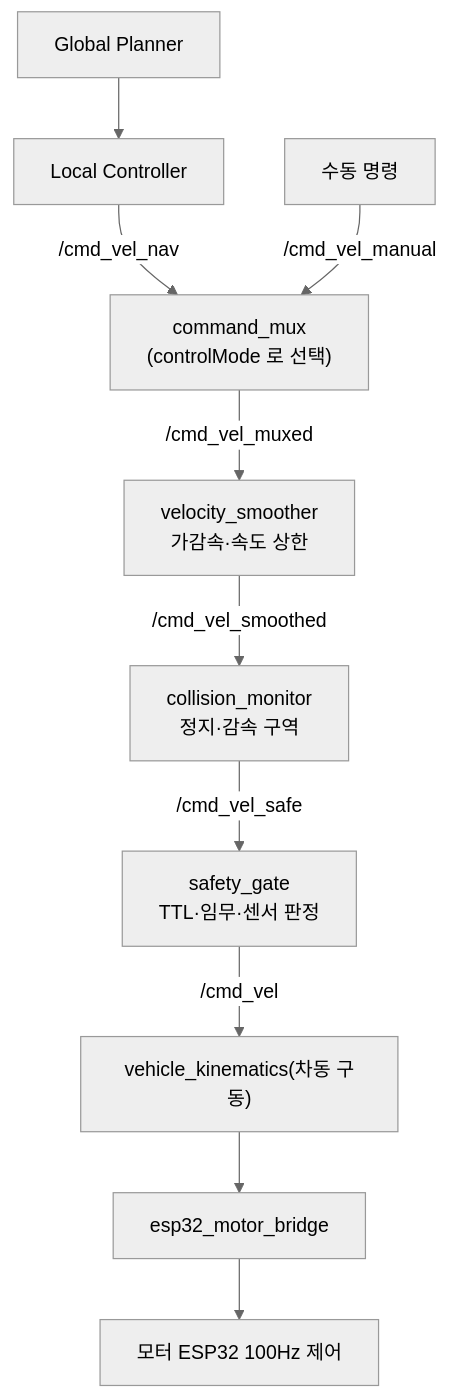
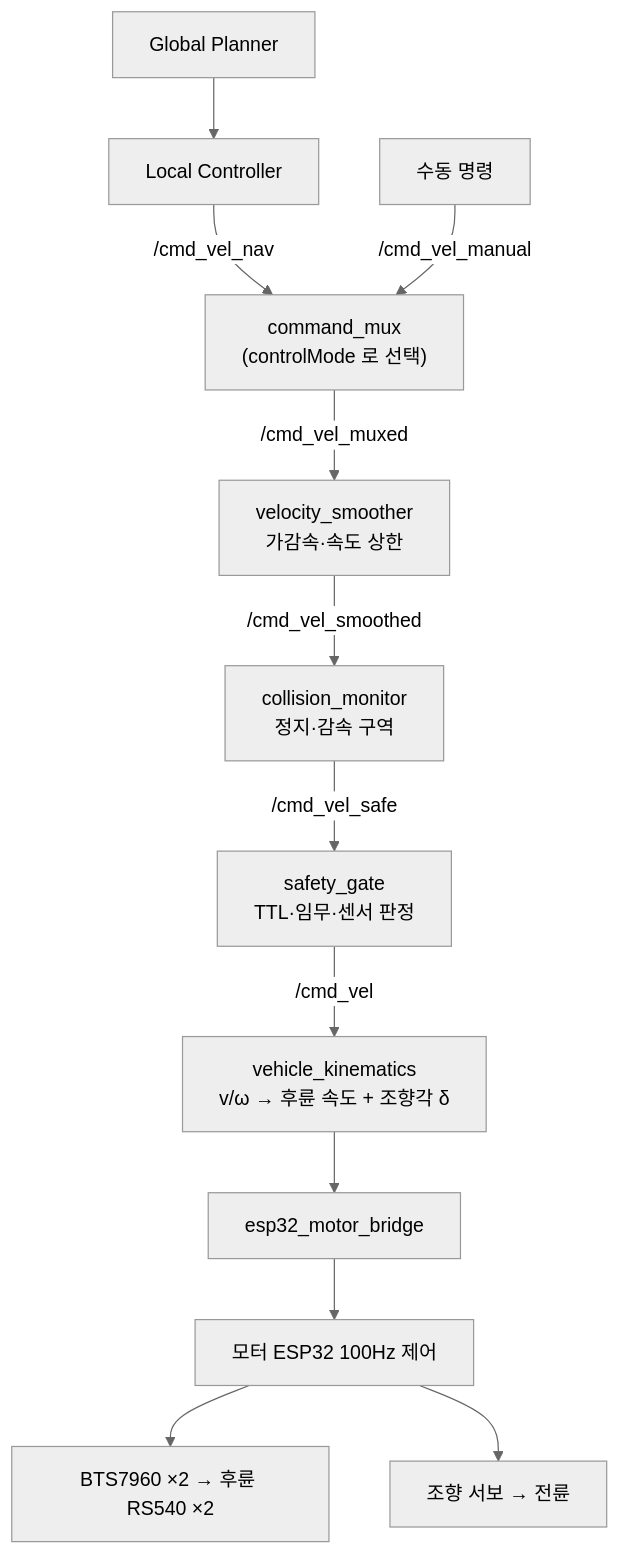
The third of 4 diagrams in docs/04-자율주행.md (Common-AIOT/Sentinel-UGV), drawn with Mermaid (neutral theme) before and after one commit. The commit also changed other lines of this file and 7 other files, not shown here.

````diff
--- a/docs/04-자율주행.md
+++ b/docs/04-자율주행.md
@@ -664,12 +707,14 @@
 ```mermaid
 flowchart TB
     global["Global Planner"] --> local["Local Controller"]
     local -->|/cmd_vel_nav| mux["command_mux<br/>(controlMode 로 선택)"]
     manual["수동 명령"] -->|/cmd_vel_manual| mux
     mux -->|/cmd_vel_muxed| smoother["velocity_smoother<br/>가감속·속도 상한"]
     smoother -->|/cmd_vel_smoothed| collision["collision_monitor<br/>정지·감속 구역"]
     collision -->|/cmd_vel_safe| gate["safety_gate<br/>TTL·임무·센서 판정"]
-    gate -->|/cmd_vel| kin["vehicle_kinematics(차동 구동)"]
+    gate -->|/cmd_vel| kin["vehicle_kinematics<br/>v/ω → 후륜 속도 + 조향각 δ"]
     kin --> bridge["esp32_motor_bridge"]
     bridge --> esp32["모터 ESP32 100Hz 제어"]
+    esp32 --> drive["BTS7960 ×2 → 후륜 RS540 ×2"]
+    esp32 --> servo["조향 서보 → 전륜"]
 ```
````
